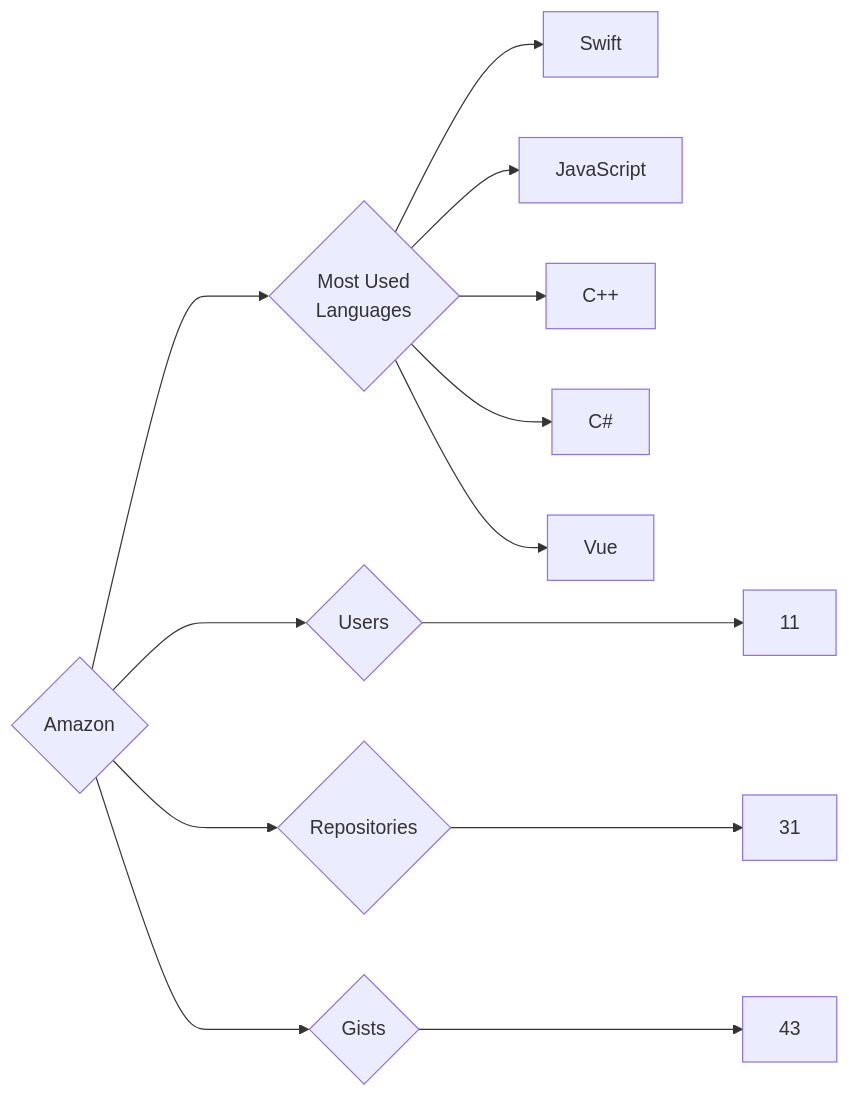
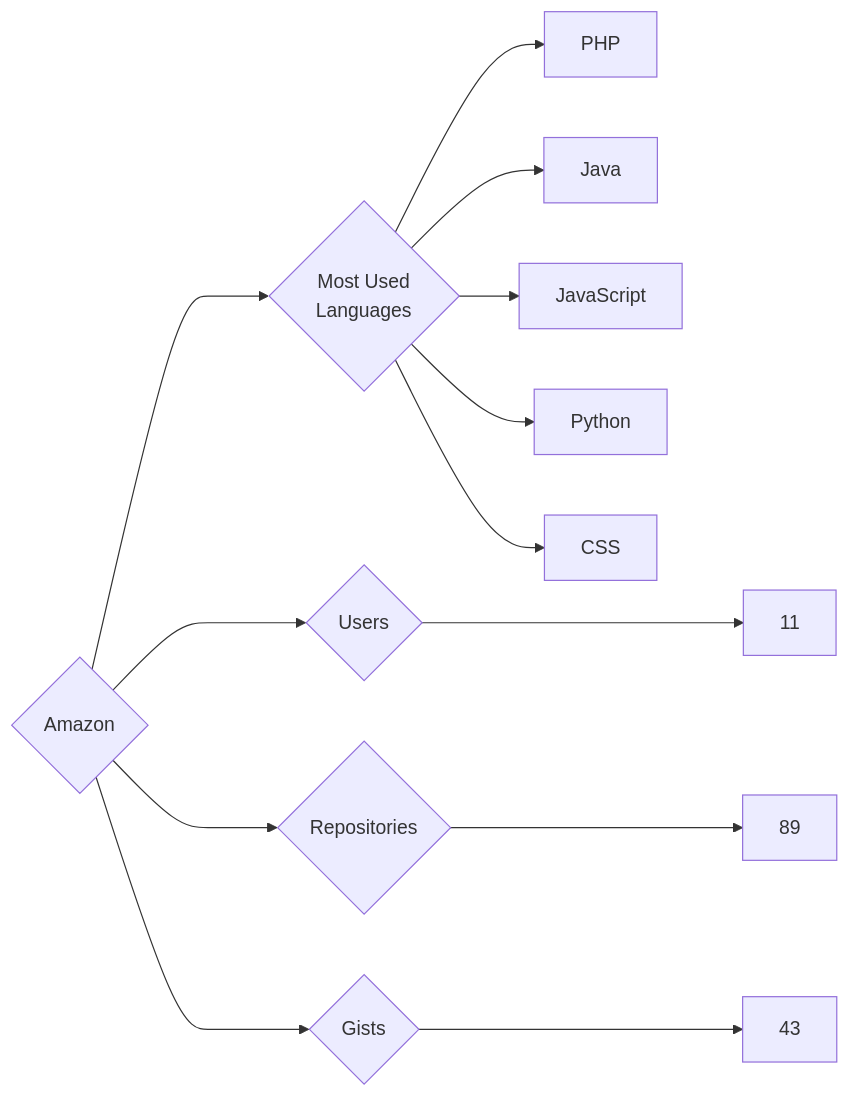
One commit to trickest/insiders changed the diagram in targets/Amazon/README.md. Above: the diagram before and after it, drawn with Mermaid. The commit also changed 1195 other files, not shown here.

````diff
--- a/targets/Amazon/README.md
+++ b/targets/Amazon/README.md
@@ -3,13 +3,13 @@
 ```mermaid
 graph LR
 COMPANY_NAME{Amazon}
 COMPANY_NAME ---> U{Users} ---> UN[11]
-COMPANY_NAME ---> R{Repositories} ---> RN[31]
+COMPANY_NAME ---> R{Repositories} ---> RN[89]
 COMPANY_NAME ---> G{Gists} ---> GN[43]
 COMPANY_NAME ---> ML{Most Used<br>Languages}
-ML --> Swift[Swift]
+ML --> PHP[PHP]
+ML --> Java[Java]
 ML --> JavaScript[JavaScript]
-ML --> C++[C++]
-ML --> C#[C#]
-ML --> Vue[Vue]
+ML --> Python[Python]
+ML --> CSS[CSS]
 ```
````
